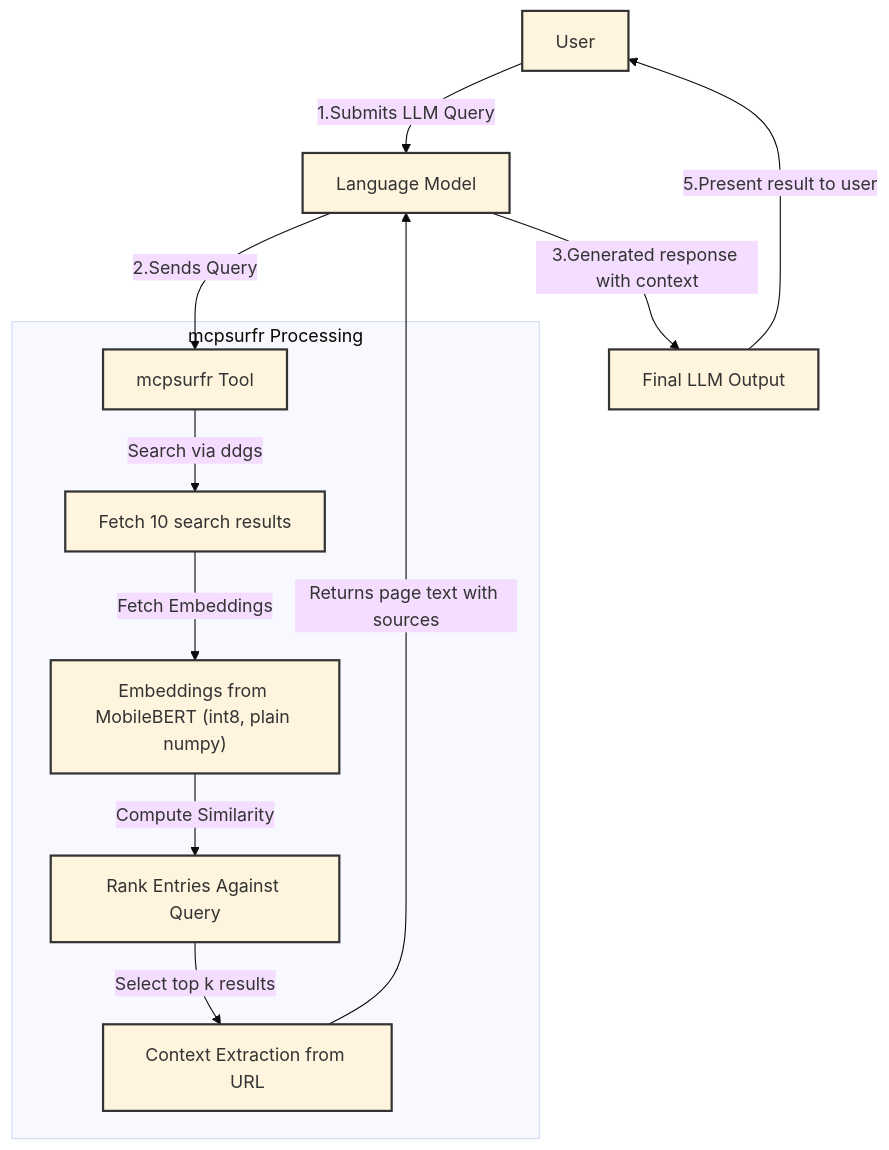
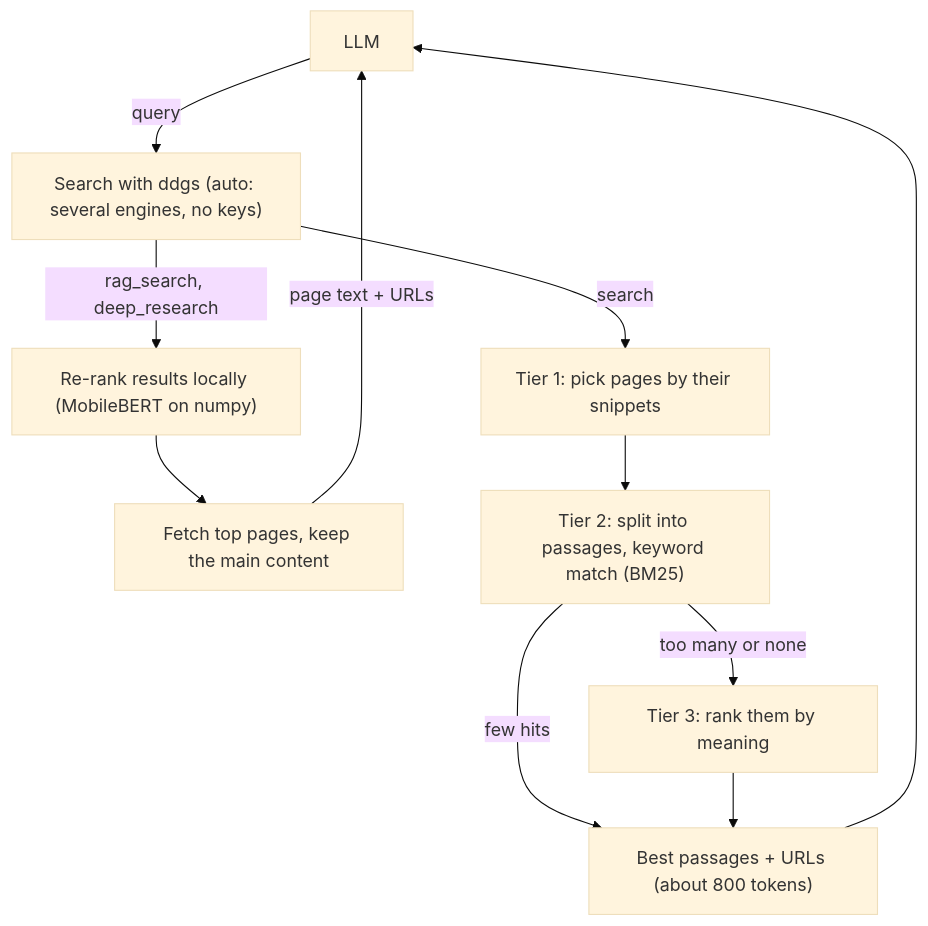
The diagram in README.md (nkapila6/mcp-local-rag), drawn with Mermaid before and after one commit. The commit also changed other lines of this file and 3 other files, not shown here.

````diff
--- a/README.md
+++ b/README.md
@@ -27,26 +7,14 @@
 ```mermaid
 %%{init: {'theme': 'base'}}%%
 flowchart TD
-    A[User] -->|1.Submits LLM Query| B[Language Model]
-    B -->|2.Sends Query| C[mcpsurfr Tool]
-    
-    subgraph mcpsurfr Processing
-    C -->|Search via ddgs| D[Fetch 10 search results]
-    D -->|Fetch Embeddings| E["Embeddings from MobileBERT (int8, plain numpy)"]
-    E -->|Compute Similarity| F[Rank Entries Against Query]
-    F -->|Select top k results| G[Context Extraction from URL]
-    end
-    
-    G -->|Returns page text with sources| B
-    B -->|3.Generated response with context| H[Final LLM Output]
-    H -->|5.Present result to user| A
-
-    classDef default stroke:#333,stroke-width:2px;
-    classDef process stroke:#333,stroke-width:2px;
-    classDef input stroke:#333,stroke-width:2px;
-    classDef output stroke:#333,stroke-width:2px;
-
-    class A input;
-    class B,C process;
-    class G output;
+    A[LLM] -->|query| S["Search with ddgs (auto: several engines, no keys)"]
+    S -->|"rag_search, deep_research"| R["Re-rank results locally (MobileBERT on numpy)"]
+    R --> P[Fetch top pages, keep the main content]
+    P -->|page text + URLs| A
+    S -->|search| T1["Tier 1: pick pages by their snippets"]
+    T1 --> T2["Tier 2: split into passages, keyword match (BM25)"]
+    T2 -->|few hits| OUT["Best passages + URLs (about 800 tokens)"]
+    T2 -->|too many or none| T3[Tier 3: rank them by meaning]
+    T3 --> OUT
+    OUT --> A
 ```
````
